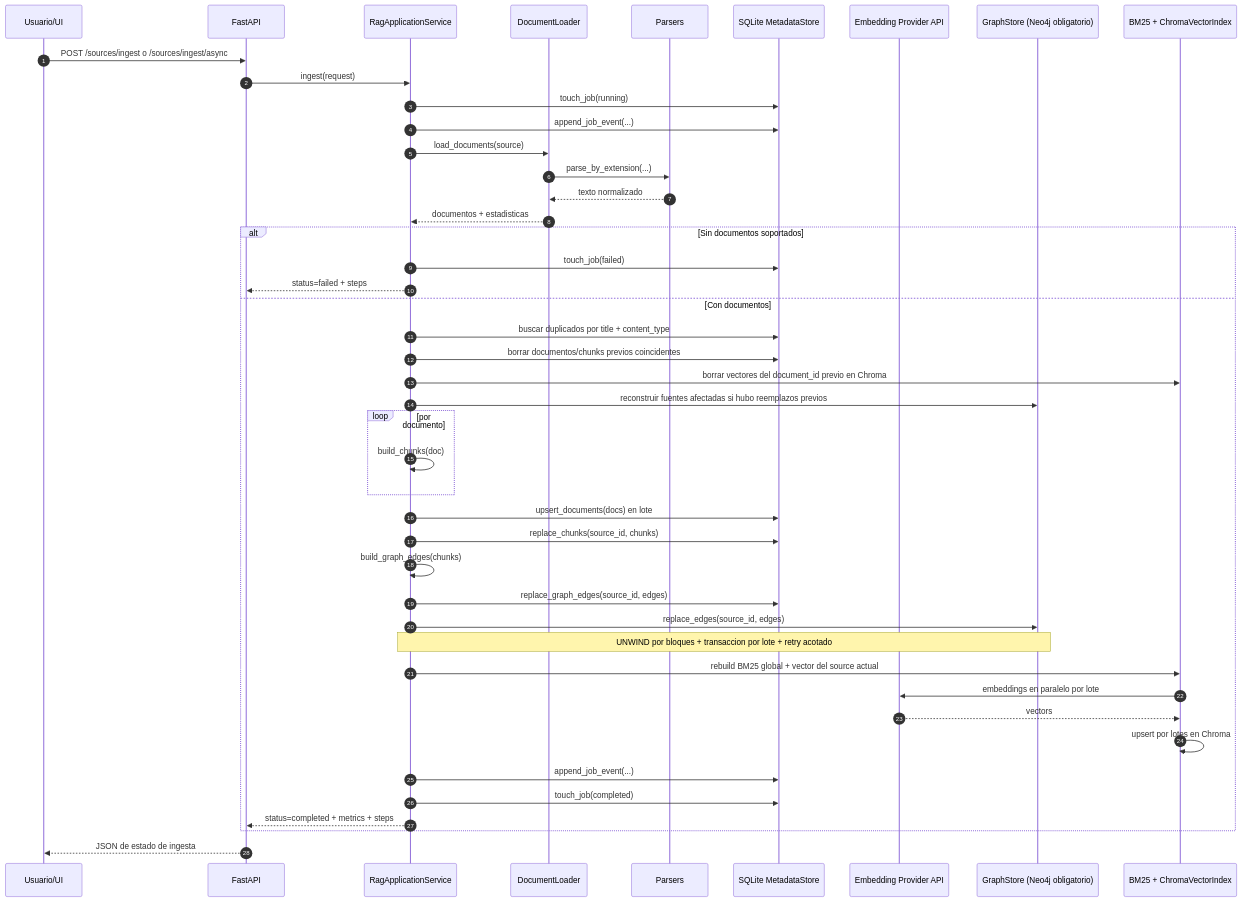
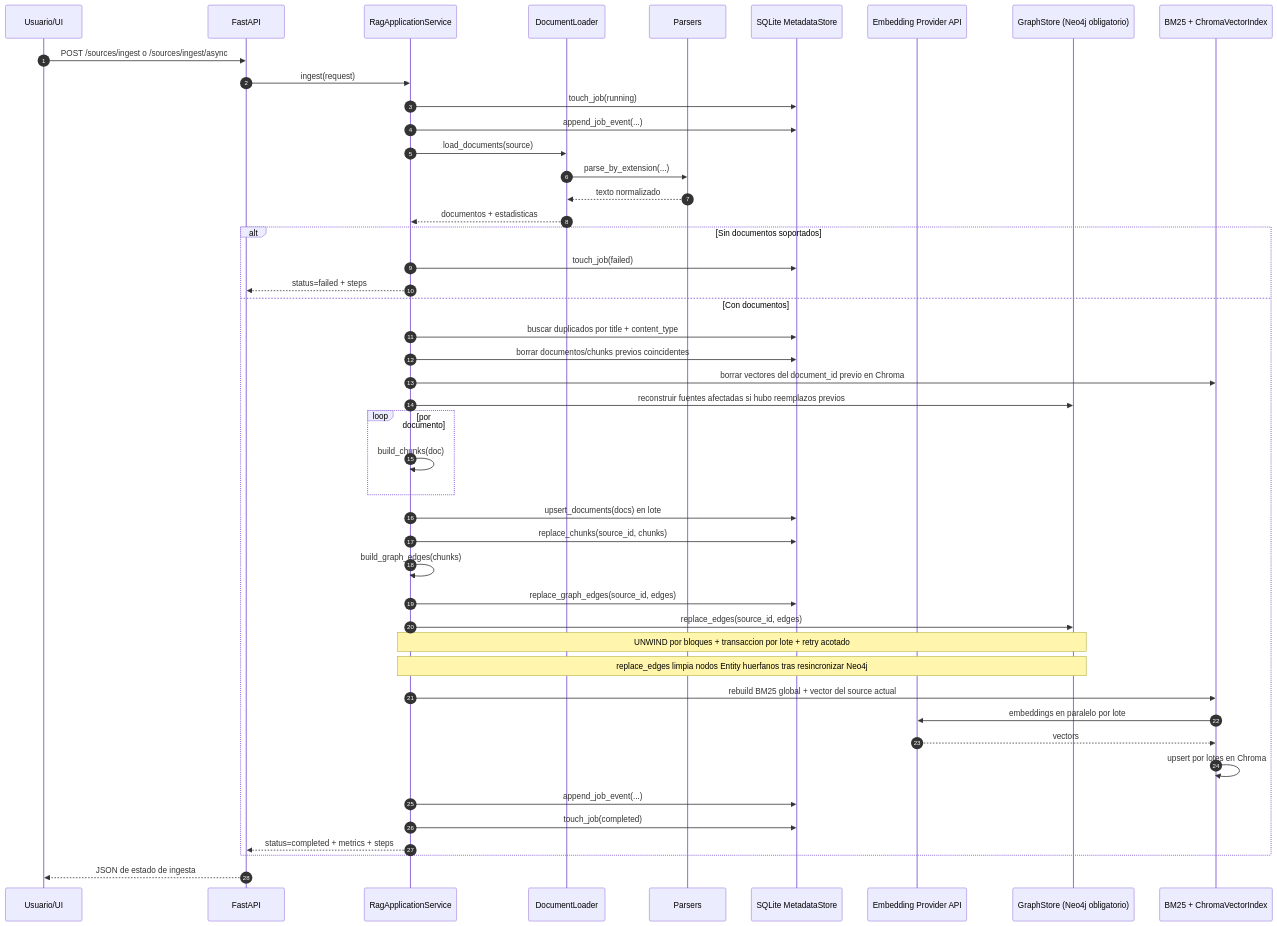
The third of 4 diagrams in docs/ARCHITECTURE.md (gherrerz/KDB-RAG-Docs), drawn with Mermaid before and after one commit. The commit also changed other lines of this file and 8 other files, not shown here.

````diff
--- a/docs/ARCHITECTURE.md
+++ b/docs/ARCHITECTURE.md
@@ -164,51 +164,52 @@
 ```mermaid
 sequenceDiagram
     autonumber
     participant User as Usuario/UI
     participant API as FastAPI
     participant SVC as RagApplicationService
     participant DL as DocumentLoader
     participant PRS as Parsers
     participant DB as SQLite MetadataStore
     participant EMB as Embedding Provider API
     participant GS as GraphStore (Neo4j obligatorio)
     participant IDX as BM25 + ChromaVectorIndex
 
     User->>API: POST /sources/ingest o /sources/ingest/async
     API->>SVC: ingest(request)
     SVC->>DB: touch_job(running)
     SVC->>DB: append_job_event(...)
 
     SVC->>DL: load_documents(source)
     DL->>PRS: parse_by_extension(...)
     PRS-->>DL: texto normalizado
     DL-->>SVC: documentos + estadisticas
 
     alt Sin documentos soportados
         SVC->>DB: touch_job(failed)
         SVC-->>API: status=failed + steps
     else Con documentos
       SVC->>DB: buscar duplicados por title + content_type
       SVC->>DB: borrar documentos/chunks previos coincidentes
       SVC->>IDX: borrar vectores del document_id previo en Chroma
       SVC->>GS: reconstruir fuentes afectadas si hubo reemplazos previos
         loop por documento
             SVC->>SVC: build_chunks(doc)
         end
         SVC->>DB: upsert_documents(docs) en lote
         SVC->>DB: replace_chunks(source_id, chunks)
         SVC->>SVC: build_graph_edges(chunks)
         SVC->>DB: replace_graph_edges(source_id, edges)
         SVC->>GS: replace_edges(source_id, edges)
         Note over SVC,GS: UNWIND por bloques + transaccion por lote + retry acotado
+        Note over SVC,GS: replace_edges limpia nodos Entity huerfanos tras resincronizar Neo4j
         SVC->>IDX: rebuild BM25 global + vector del source actual
         IDX->>EMB: embeddings en paralelo por lote
         EMB-->>IDX: vectors
         IDX->>IDX: upsert por lotes en Chroma
         SVC->>DB: append_job_event(...)
         SVC->>DB: touch_job(completed)
         SVC-->>API: status=completed + metrics + steps
     end
 
     API-->>User: JSON de estado de ingesta
 ```
````
